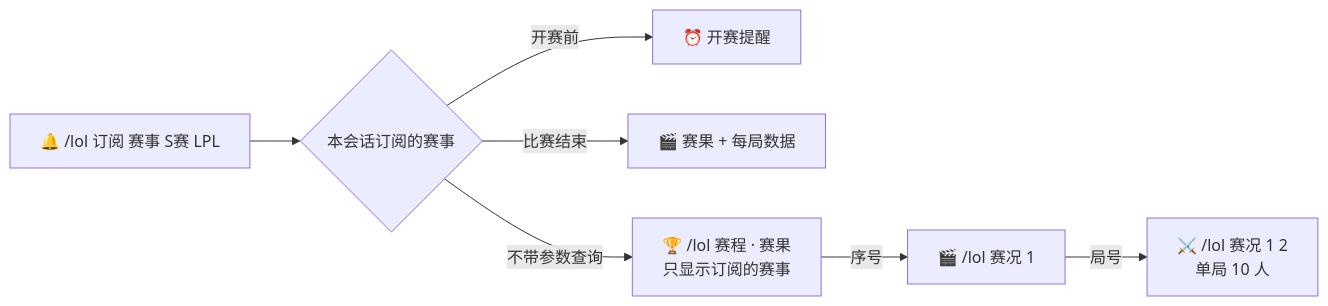
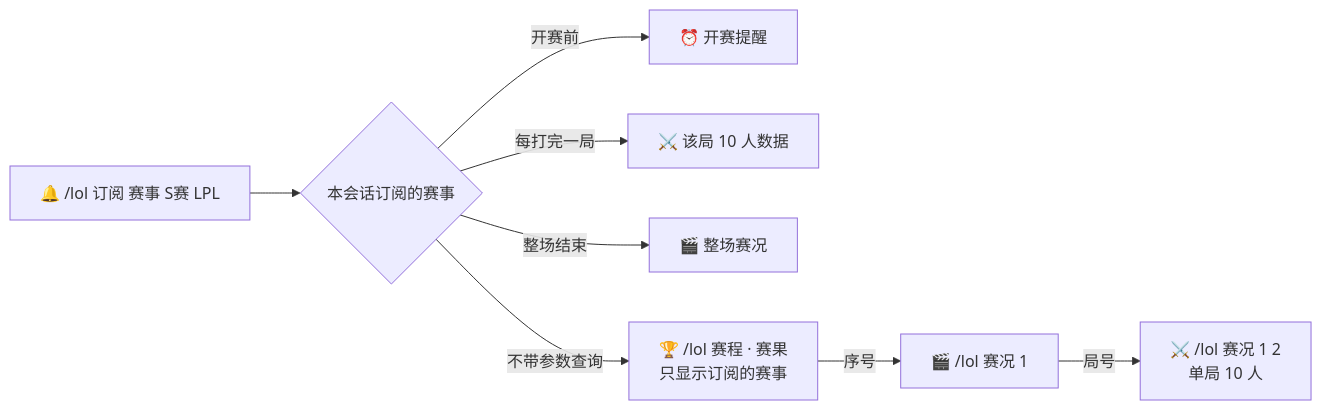
Before and after one commit to horizoe10/astrbot_plugin_lolhelper: the first of 4 diagrams in README.md, drawn with Mermaid. The commit also changed other lines of this file and 70 other files, not shown here.

````diff
--- a/README.md
+++ b/README.md
@@ -67,9 +100,10 @@
 ```mermaid
 flowchart LR
   S[🔔 /lol 订阅 赛事 S赛 LPL] --> F{本会话订阅的赛事}
   F -->|开赛前| R[⏰ 开赛提醒]
-  F -->|比赛结束| D[🎬 赛果 + 每局数据]
+  F -->|每打完一局| P[⚔️ 该局 10 人数据]
+  F -->|整场结束| D[🎬 整场赛况]
   F -->|不带参数查询| C[🏆 /lol 赛程 · 赛果<br/>只显示订阅的赛事]
   C -->|序号| M[🎬 /lol 赛况 1]
   M -->|局号| G[⚔️ /lol 赛况 1 2<br/>单局 10 人]
 ```
````
